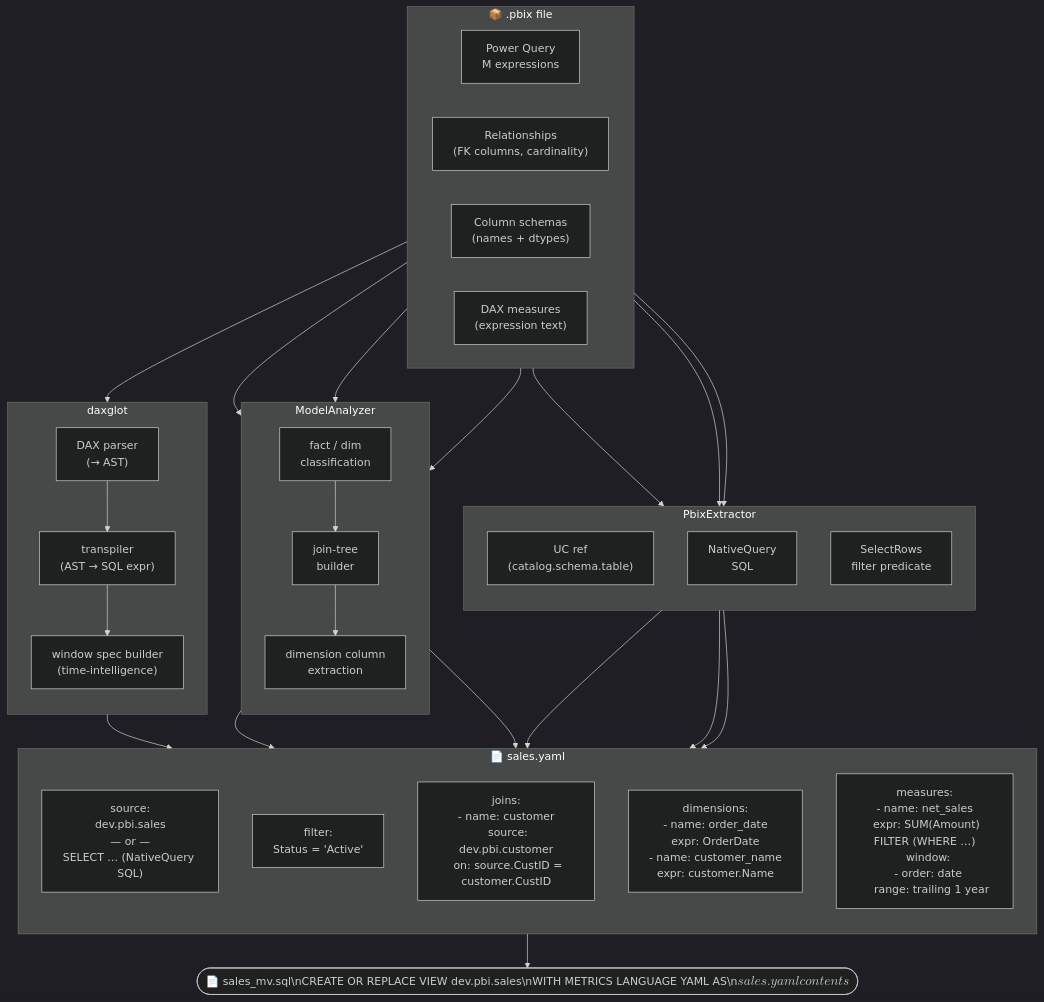
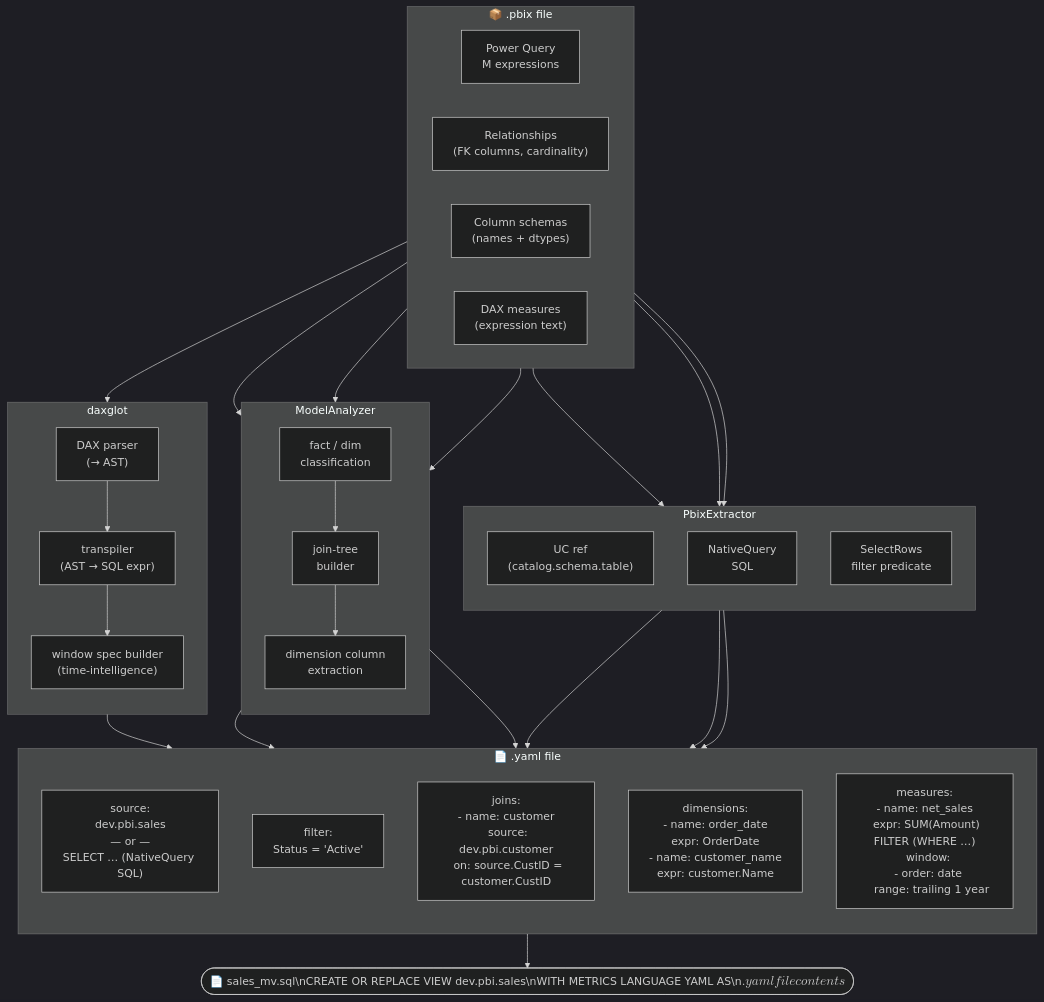
One commit to brookpatten/daxglot changed the diagram in readme.md. Above: the diagram before and after it, drawn with Mermaid (dark theme). The commit also changed 6 other files, not shown here.

````diff
--- a/readme.md
+++ b/readme.md
@@ -34,63 +34,63 @@
 ```mermaid
 flowchart TB
     %% ── Power BI source ──────────────────────────────────────────────────
     subgraph pbix ["📦 .pbix file"]
         direction LR
         pq["Power Query\nM expressions"]
         rels["Relationships\n(FK columns, cardinality)"]
         cols["Column schemas\n(names + dtypes)"]
         dax["DAX measures\n(expression text)"]
     end
 
     %% ── Extraction ───────────────────────────────────────────────────────
     subgraph ext ["PbixExtractor"]
         direction TB
         ucref["UC ref\n(catalog.schema.table)"]
         sqlext["NativeQuery\nSQL"]
         filtex["SelectRows\nfilter predicate"]
     end
 
     pq --> ucref & sqlext & filtex
 
     %% ── Analysis ─────────────────────────────────────────────────────────
     subgraph ana ["ModelAnalyzer"]
         direction TB
         classify["fact / dim\nclassification"]
         jointree["join-tree\nbuilder"]
         dimcols["dimension column\nextraction"]
     end
 
     rels        --> classify & jointree
     cols        --> dimcols
     classify    --> jointree
     jointree    --> dimcols
 
     %% ── DAX translation ──────────────────────────────────────────────────
     subgraph daxglot ["daxglot"]
         direction TB
         parser["DAX parser\n(→ AST)"]
         transpiler["transpiler\n(AST → SQL expr)"]
         window["window spec builder\n(time-intelligence)"]
     end
 
     dax --> parser --> transpiler --> window
 
     %% ── YAML output ──────────────────────────────────────────────────────
-    subgraph yaml_out ["📄 sales.yaml"]
+    subgraph yaml_out ["📄 .yaml file"]
         direction TB
         y_source["source:\ndev.pbi.sales\n— or —\nSELECT … (NativeQuery SQL)"]
         y_filter["filter:\nStatus = 'Active'"]
         y_joins["joins:\n- name: customer\n  source: dev.pbi.customer\n  on: source.CustID = customer.CustID"]
         y_dims["dimensions:\n- name: order_date\n  expr: OrderDate\n- name: customer_name\n  expr: customer.Name"]
         y_measures["measures:\n- name: net_sales\n  expr: SUM(Amount) FILTER (WHERE …)\n  window:\n  - order: date\n    range: trailing 1 year"]
     end
 
     ucref    --> y_source
     sqlext   --> y_source
     filtex   --> y_filter
     jointree --> y_joins
     dimcols  --> y_dims
     window   --> y_measures
 
-    yaml_out --> sql_out(["📄 sales_mv.sql\nCREATE OR REPLACE VIEW dev.pbi.sales\nWITH METRICS LANGUAGE YAML AS\n$$ sales.yaml contents $$"])
+    yaml_out --> sql_out(["📄 sales_mv.sql\nCREATE OR REPLACE VIEW dev.pbi.sales\nWITH METRICS LANGUAGE YAML AS\n$$ .yaml file contents $$"])
 ```
````
